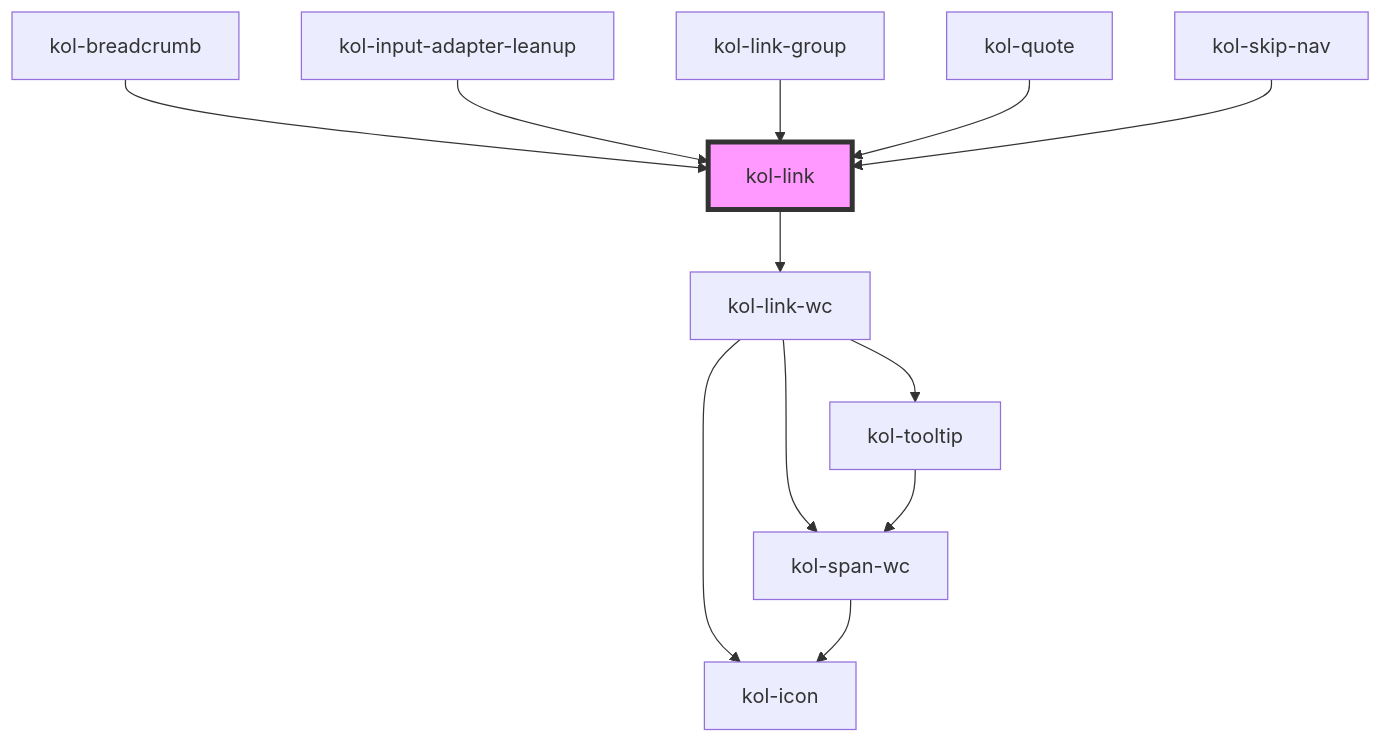
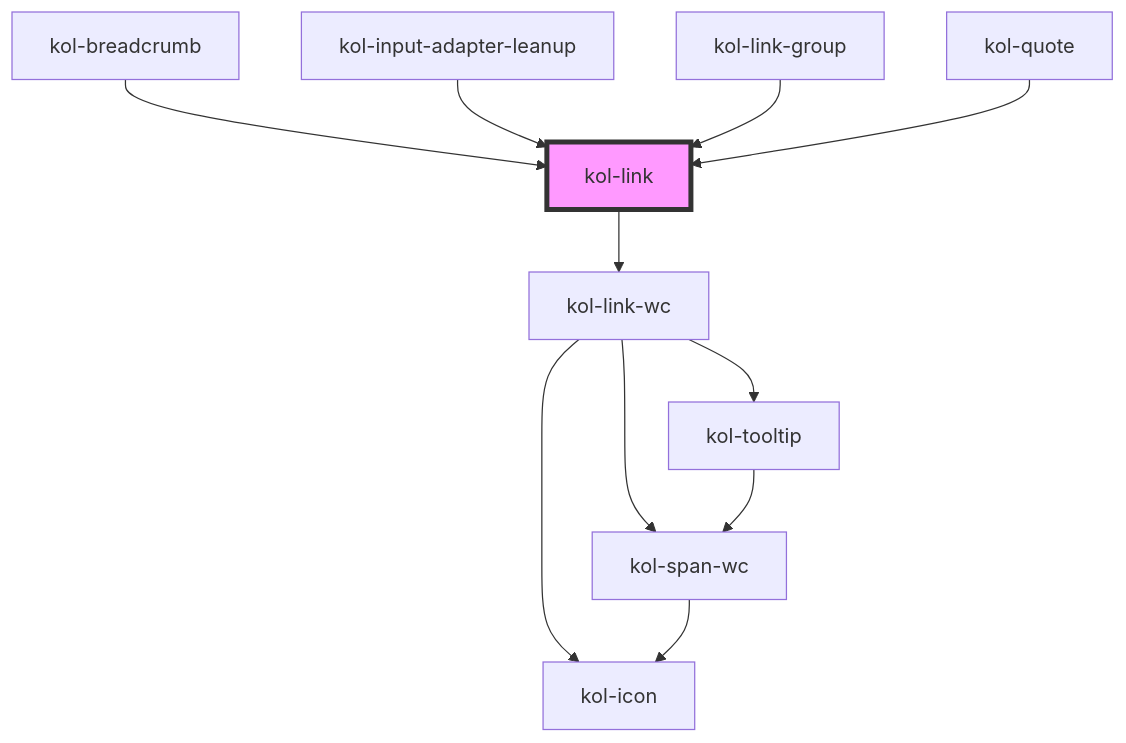
Before and after one commit to public-ui/kolibri: the diagram in packages/components/src/components/link/readme.md, drawn with Mermaid. The commit also changed other lines of this file and 24 other files, not shown here.

````diff
--- a/packages/components/src/components/link/readme.md
+++ b/packages/components/src/components/link/readme.md
@@ -112,15 +112,14 @@
 ```mermaid
 graph TD;
   kol-link --> kol-link-wc
   kol-link-wc --> kol-span-wc
   kol-link-wc --> kol-icon
   kol-link-wc --> kol-tooltip
   kol-span-wc --> kol-icon
   kol-tooltip --> kol-span-wc
   kol-breadcrumb --> kol-link
   kol-input-adapter-leanup --> kol-link
   kol-link-group --> kol-link
   kol-quote --> kol-link
-  kol-skip-nav --> kol-link
   style kol-link fill:#f9f,stroke:#333,stroke-width:4px
 ```
````
